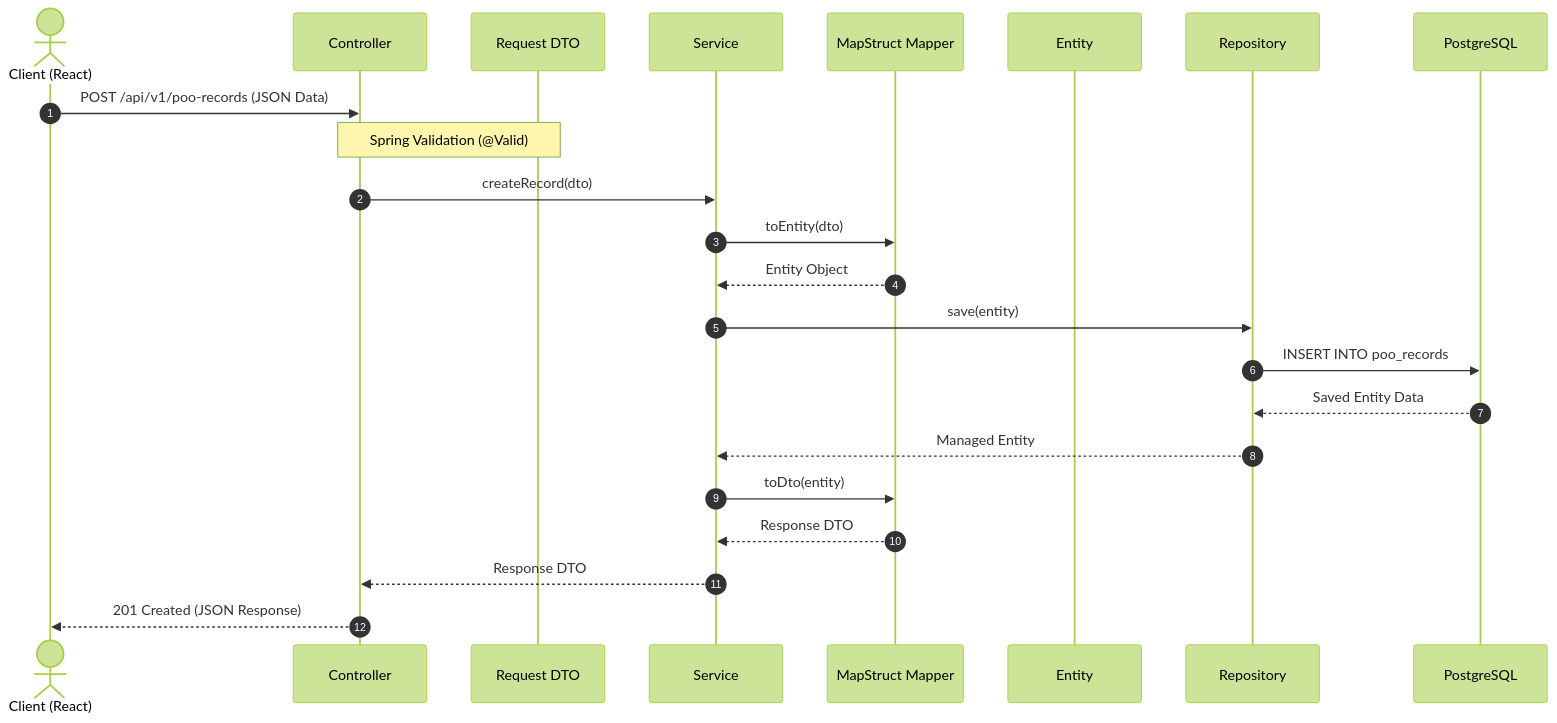
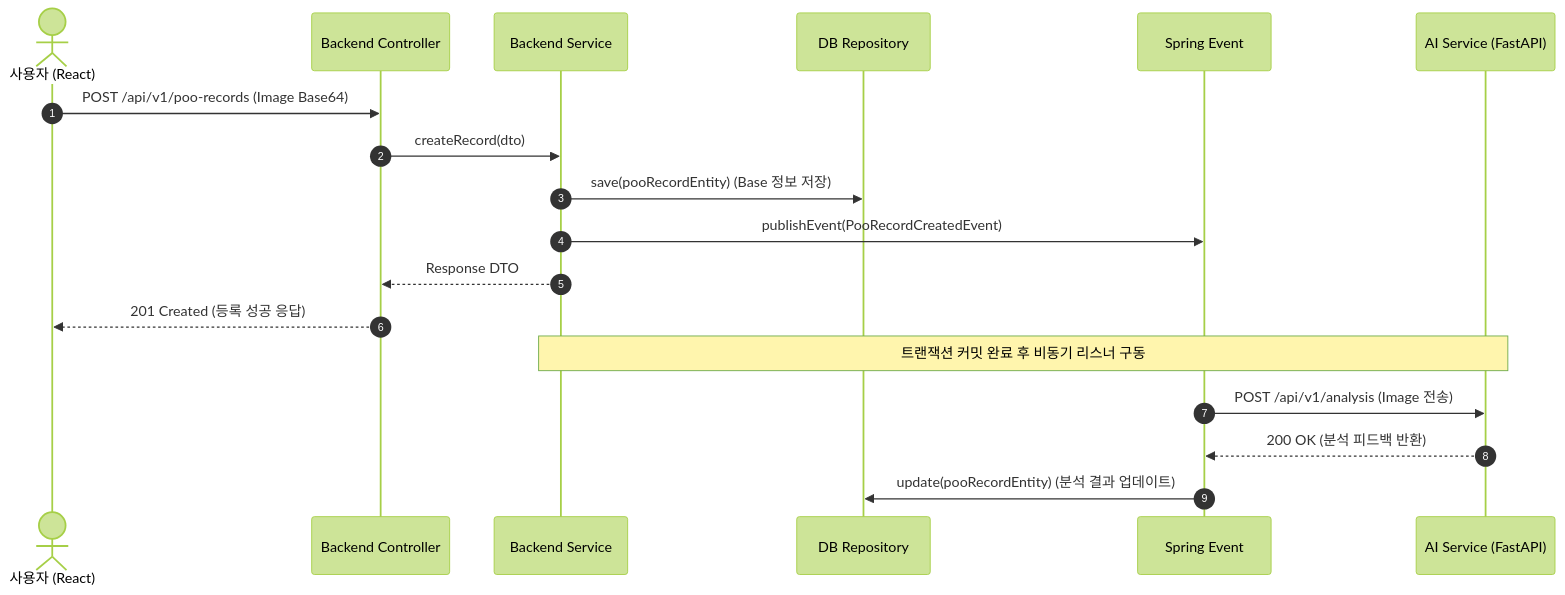
The second of 2 diagrams in docs/Project_Architecture_Blueprint.md (hayohio-bit/daypoo-refactor), drawn with Mermaid (forest theme) before and after one commit. The commit also changed other lines of this file, not shown here.

Commit message:
docs: add project architecture blueprint documentation

````diff
--- a/docs/Project_Architecture_Blueprint.md
+++ b/docs/Project_Architecture_Blueprint.md
@@ -99,26 +92,22 @@
 ```mermaid
 sequenceDiagram
     autonumber
-    actor Client as Client (React)
-    participant Ctrl as Controller
-    participant Dto as Request DTO
-    participant Svc as Service
-    participant Map as MapStruct Mapper
-    participant Ent as Entity
-    participant Repo as Repository
-    participant DB as PostgreSQL
+    actor User as 사용자 (React)
+    participant Ctrl as Backend Controller
+    participant Svc as Backend Service
+    participant Repo as DB Repository
+    participant Evt as Spring Event
+    participant AI as AI Service (FastAPI)
 
-    Client->>Ctrl: POST /api/v1/poo-records (JSON Data)
-    Note over Ctrl, Dto: Spring Validation (@Valid)
+    User->>Ctrl: POST /api/v1/poo-records (Image Base64)
     Ctrl->>Svc: createRecord(dto)
-    Svc->>Map: toEntity(dto)
-    Map-->>Svc: Entity Object
-    Svc->>Repo: save(entity)
-    Repo->>DB: INSERT INTO poo_records
-    DB-->>Repo: Saved Entity Data
-    Repo-->>Svc: Managed Entity
-    Svc->>Map: toDto(entity)
-    Map-->>Svc: Response DTO
+    Svc->>Repo: save(pooRecordEntity) (Base 정보 저장)
+    Svc->>Evt: publishEvent(PooRecordCreatedEvent)
     Svc-->>Ctrl: Response DTO
-    Ctrl-->>Client: 201 Created (JSON Response)
+    Ctrl-->>User: 201 Created (등록 성공 응답)
+
+    Note over Svc, AI: 트랜잭션 커밋 완료 후 비동기 리스너 구동
+    Evt->>AI: POST /api/v1/analysis (Image 전송)
+    AI-->>Evt: 200 OK (분석 피드백 반환)
+    Evt->>Repo: update(pooRecordEntity) (분석 결과 업데이트)
 ```
````
